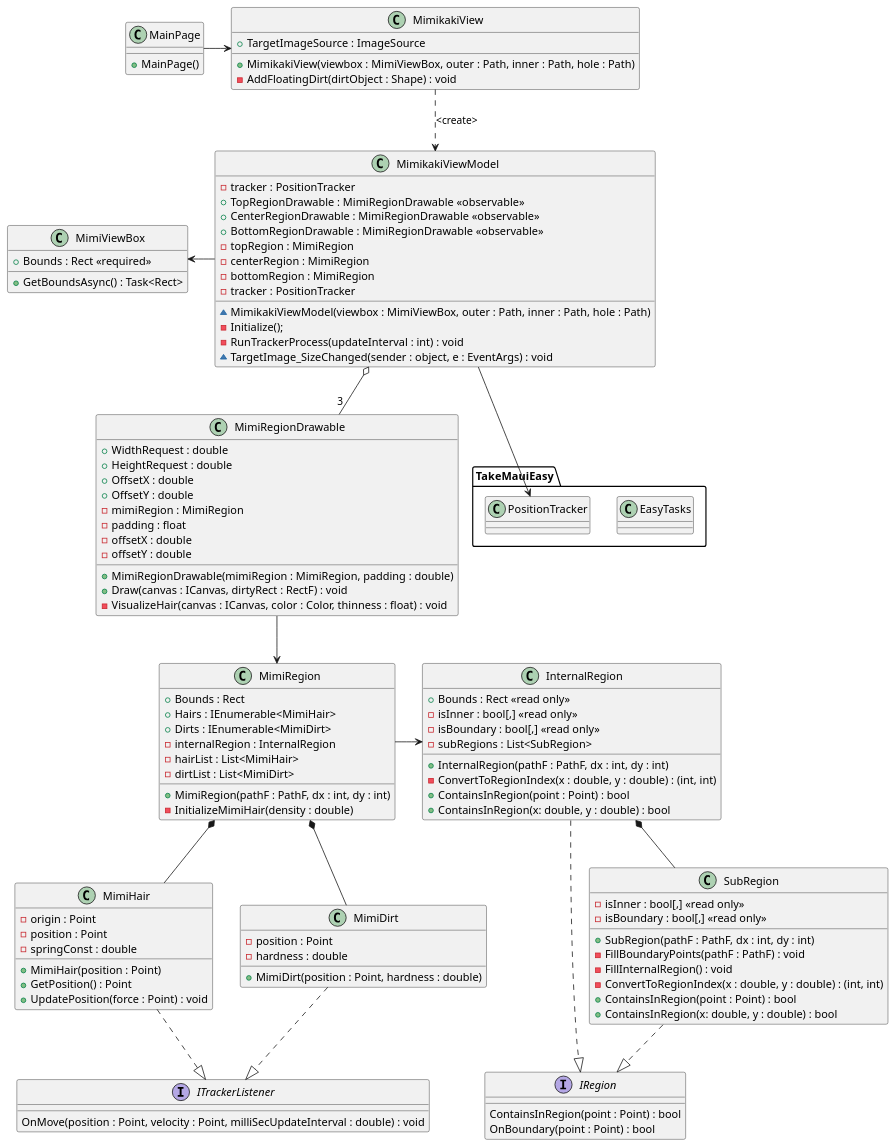
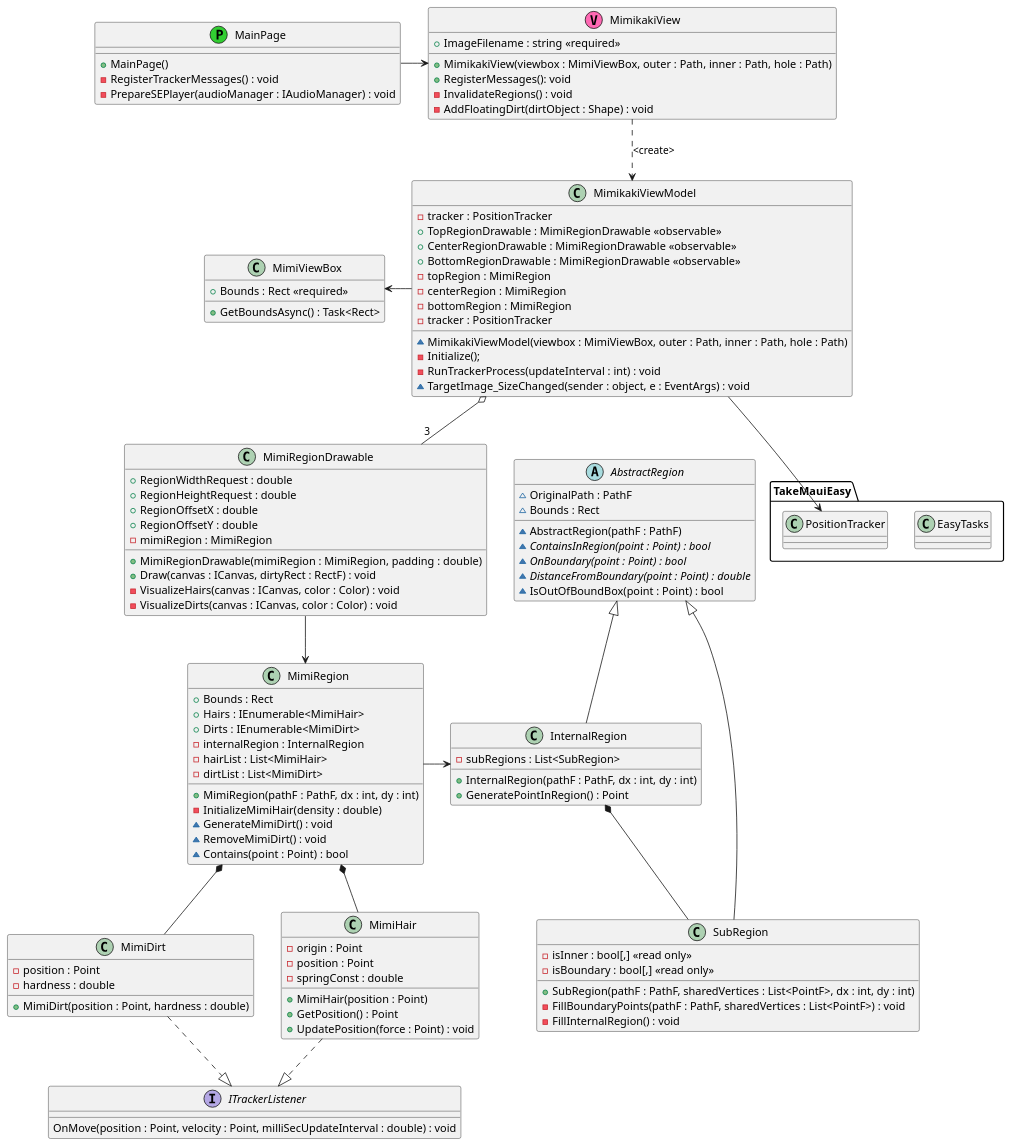
Before and after one commit to tatsuya19871219/MauiMimikakiApp: the first of 2 diagrams in uml/MimikakiApp.puml, drawn with PlantUML. The commit also changed other lines of this file and 1 other file, not shown here.

```diff
--- a/uml/MimikakiApp.puml
+++ b/uml/MimikakiApp.puml
@@ -1,188 +1,164 @@
 @startuml MimikakiClassDiagram
-' Models
-' class MimiModel
-' {
-'     - height : int
-'     - width : int
-'     - topRegion : MimiRegion
-'     - centerRegion : MimiRegion
-'     - bottomRegion : MimiRegion
-' }
-
+' MimiModels
 class MimiViewBox
 {
     + Bounds : Rect <<required>>
     + GetBoundsAsync() : Task<Rect>
 }
 
 class MimiRegion
 {
     + Bounds : Rect
     + Hairs : IEnumerable<MimiHair>
     + Dirts : IEnumerable<MimiDirt>
     - internalRegion : InternalRegion
     - hairList : List<MimiHair>
     - dirtList : List<MimiDirt>
     + MimiRegion(pathF : PathF, dx : int, dy : int)
-    '+ MimiRegion(internalRegion : InternalRegion)
     - InitializeMimiHair(density : double)
-    '+ OnTouch : Action
-    '+ OnDirtRemoving : Action
-    '+ OnDirtRemoved : Action
+    ~ GenerateMimiDirt() : void
+    ~ RemoveMimiDirt() : void
+    ~ Contains(point : Point) : bool
 }
 
 interface ITrackerListener
 {
     OnMove(position : Point, velocity : Point, milliSecUpdateInterval : double) : void
 }
 
 class MimiHair
 {
     - origin : Point
     - position : Point
     - springConst : double
     + MimiHair(position : Point)
     + GetPosition() : Point
     + UpdatePosition(force : Point) : void
 }
 
 class MimiDirt
 {
     - position : Point
     - hardness : double
     + MimiDirt(position : Point, hardness : double)
 }
 
-interface IRegion
+' RegionModels
+abstract AbstractRegion
 {
-    ' IsInner : bool[,]
-    ' IsBoundary : bool[,]
-    ContainsInRegion(point : Point) : bool
-    OnBoundary(point : Point) : bool
+    ~ OriginalPath : PathF
+    ~ Bounds : Rect
+    ~ AbstractRegion(pathF : PathF)
+    {abstract} ~ ContainsInRegion(point : Point) : bool
+    {abstract} ~ OnBoundary(point : Point) : bool
+    {abstract} ~ DistanceFromBoundary(point : Point) : double
+    '- GetMinAndMaxPoints(pathF : PathF, minPoint : out Point, maxPoint : out Point) : void
+    ~ IsOutOfBoundBox(point : Point) : bool
 }
 
 class InternalRegion
 {
-    + Bounds : Rect <<read only>>
-    '- topLeft : Point <<read only>>
-    '- bottomRight : Point <<read only>>
-    - isInner : bool[,] <<read only>>
-    - isBoundary : bool[,] <<read only>>
-    - subRegions : List<SubRegion> 
+    - subRegions : List<SubRegion>
     + InternalRegion(pathF : PathF, dx : int, dy : int)
-    ' - FillBoundaryPoints(pathF : PathF) : void
-    ' - FillInternalRegion() : void
-    - ConvertToRegionIndex(x : double, y : double) : (int, int)
-    + ContainsInRegion(point : Point) : bool
-    + ContainsInRegion(x: double, y : double) : bool
+    + GeneratePointInRegion() : Point
 }
 
 class SubRegion
 {
     - isInner : bool[,] <<read only>>
     - isBoundary : bool[,] <<read only>>
-    + SubRegion(pathF : PathF, dx : int, dy : int)
-    - FillBoundaryPoints(pathF : PathF) : void
+    + SubRegion(pathF : PathF, sharedVertices : List<PointF>, dx : int, dy : int)
+    - FillBoundaryPoints(pathF : PathF, sharedVertices : List<PointF>) : void
     - FillInternalRegion() : void
-    - ConvertToRegionIndex(x : double, y : double) : (int, int)
-    + ContainsInRegion(point : Point) : bool
-    + ContainsInRegion(x: double, y : double) : bool
+    '- ConvertToRegionIndex(x : double, y : double) : (int, int)
 }
 
 ' Views
-class MimikakiView
+class MimikakiView <<V, HotPink>>
 {
-    + TargetImageSource : ImageSource
-    '+ TargetImageOriginalHeight : double
-    '+ MimiTrackerLayer : View <<get only property>>
-    '+ DisplayRatio : double? <<get only property>>
-    '- MimikakiViewModel _vm;
-    '+ TrackableView()
+    + ImageFilename : string <<required>>
     + MimikakiView(viewbox : MimiViewBox, outer : Path, inner : Path, hole : Path)
-    '- TargetImage_SizeChanged(sender : object, e : EventArgs) : void
-    '- Initialize() : void
+    + RegisterMessages(): void
+    - InvalidateRegions() : void
     - AddFloatingDirt(dirtObject : Shape) : void
 }
 
 
 ' ViewModels
 class MimikakiViewModel
 {
     - tracker : PositionTracker
     + TopRegionDrawable : MimiRegionDrawable <<observable>>
     + CenterRegionDrawable : MimiRegionDrawable <<observable>>
     + BottomRegionDrawable : MimiRegionDrawable <<observable>>
     - topRegion : MimiRegion
     - centerRegion : MimiRegion
     - bottomRegion : MimiRegion
     - tracker : PositionTracker
-    '+ OnMoveOnMimi : Action
-    '+ BindTrackableMimi(trackableMimiView : TrackableMimiView) : void
-    '- RunTrackerProcess()
     ~ MimikakiViewModel(viewbox : MimiViewBox, outer : Path, inner : Path, hole : Path)
-    '~ MimikakiViewModel(tracker : PositionTracker, mimiTop : Geometry, mimiCenter : Geometry, mimiBottom : Geometry)
     - Initialize();
-    '~ InvokeTrackerProcess(updateInterval : int) : void
     - RunTrackerProcess(updateInterval : int) : void
     ~ TargetImage_SizeChanged(sender : object, e : EventArgs) : void
 }
 
 
 ' Drawable
 class MimiRegionDrawable
 {
-    + WidthRequest : double
-    + HeightRequest : double
-    + OffsetX : double
-    + OffsetY : double
+    + RegionWidthRequest : double
+    + RegionHeightRequest : double
+    + RegionOffsetX : double
+    + RegionOffsetY : double
     - mimiRegion : MimiRegion
-    '- internal : InternalRegion
-    - padding : float
-    - offsetX : double
-    - offsetY : double
     + MimiRegionDrawable(mimiRegion : MimiRegion, padding : double)
     + Draw(canvas : ICanvas, dirtyRect : RectF) : void
-    - VisualizeHair(canvas : ICanvas, color : Color, thinness : float) : void
+    - VisualizeHairs(canvas : ICanvas, color : Color) : void
+    - VisualizeDirts(canvas : ICanvas, color : Color) : void
 }
 
 
 ' Page
-class MainPage
+class MainPage <<(P, LimeGreen)>>
 {
     + MainPage()
-    '- InitializeMimiViewModel() : void
-    '- InstantiateMimiViewModel(tracker : PositionTracker) : TrackableMimiViewModel
-    '- GetGeometryFromString(pathString : string) : Geometry
+    - RegisterTrackerMessages() : void
+    - PrepareSEPlayer(audioManager : IAudioManager) : void
 }
+
+' Config
+' class MimikakiConfig
+' {
+
+' }
 
 ' Library
 package TakeMauiEasy
 {
     class EasyTasks
     class PositionTracker
 }
 
 ' 
 MimiRegion -> InternalRegion
 MimiRegion *-- MimiHair
 MimiRegion *-- MimiDirt
 
 InternalRegion *-- SubRegion
-InternalRegion ..|> IRegion
-SubRegion ..|> IRegion
+InternalRegion -up-|> AbstractRegion
+SubRegion -up-|> AbstractRegion
 
 MimiHair ..|> ITrackerListener
 MimiDirt ..|> ITrackerListener
 
 MimikakiViewModel -left-> MimiViewBox
 MimikakiViewModel --> PositionTracker
 MimikakiViewModel o-- "3" MimiRegionDrawable
 
 MimikakiView ..> MimikakiViewModel : <create>
 
 MainPage -> MimikakiView
 
 'MimiRegionDrawable --|> IDrawable
 MimiRegionDrawable --> MimiRegion
 
 @enduml
```
